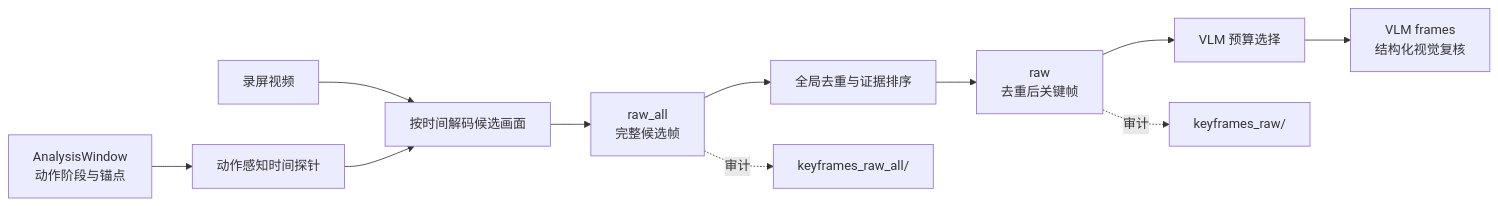
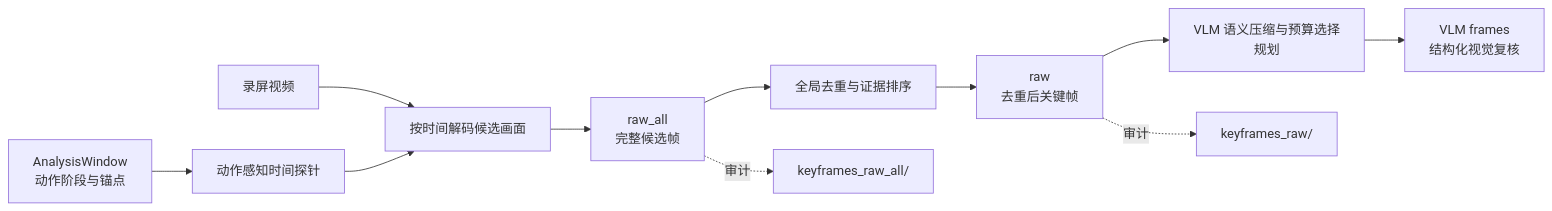
One commit to Vehicle-Security/DataLeakDetector changed the diagram in spec/docs/02关键帧策略.md. Above: the diagram before and after it, drawn with Mermaid. The commit also changed other lines of this file and 30 other files, not shown here.

````diff
--- a/spec/docs/02关键帧策略.md
+++ b/spec/docs/02关键帧策略.md
@@ -26,14 +26,14 @@
 ```mermaid
 flowchart LR
     A[AnalysisWindow<br/>动作阶段与锚点] --> B[动作感知时间探针]
     V[录屏视频] --> C[按时间解码候选画面]
     B --> C
     C --> D[raw_all<br/>完整候选帧]
     D --> E[全局去重与证据排序]
     E --> F[raw<br/>去重后关键帧]
-    F --> G[VLM 预算选择]
+    F --> G[VLM 语义压缩与预算选择<br/>规划]
     G --> H[VLM frames<br/>结构化视觉复核]
 
     D -. 审计 .-> I[keyframes_raw_all/]
     F -. 审计 .-> J[keyframes_raw/]
 ```
````
